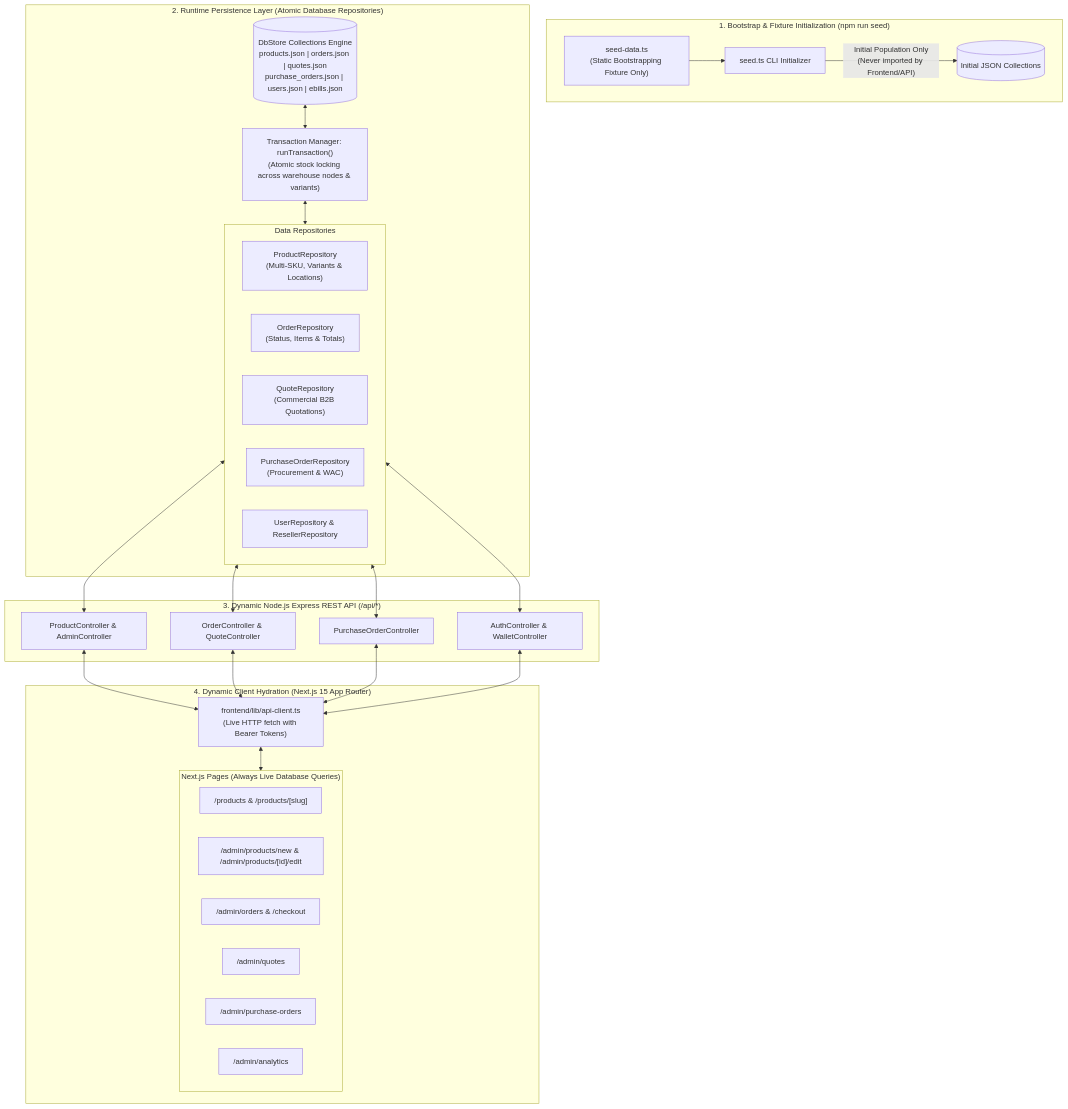
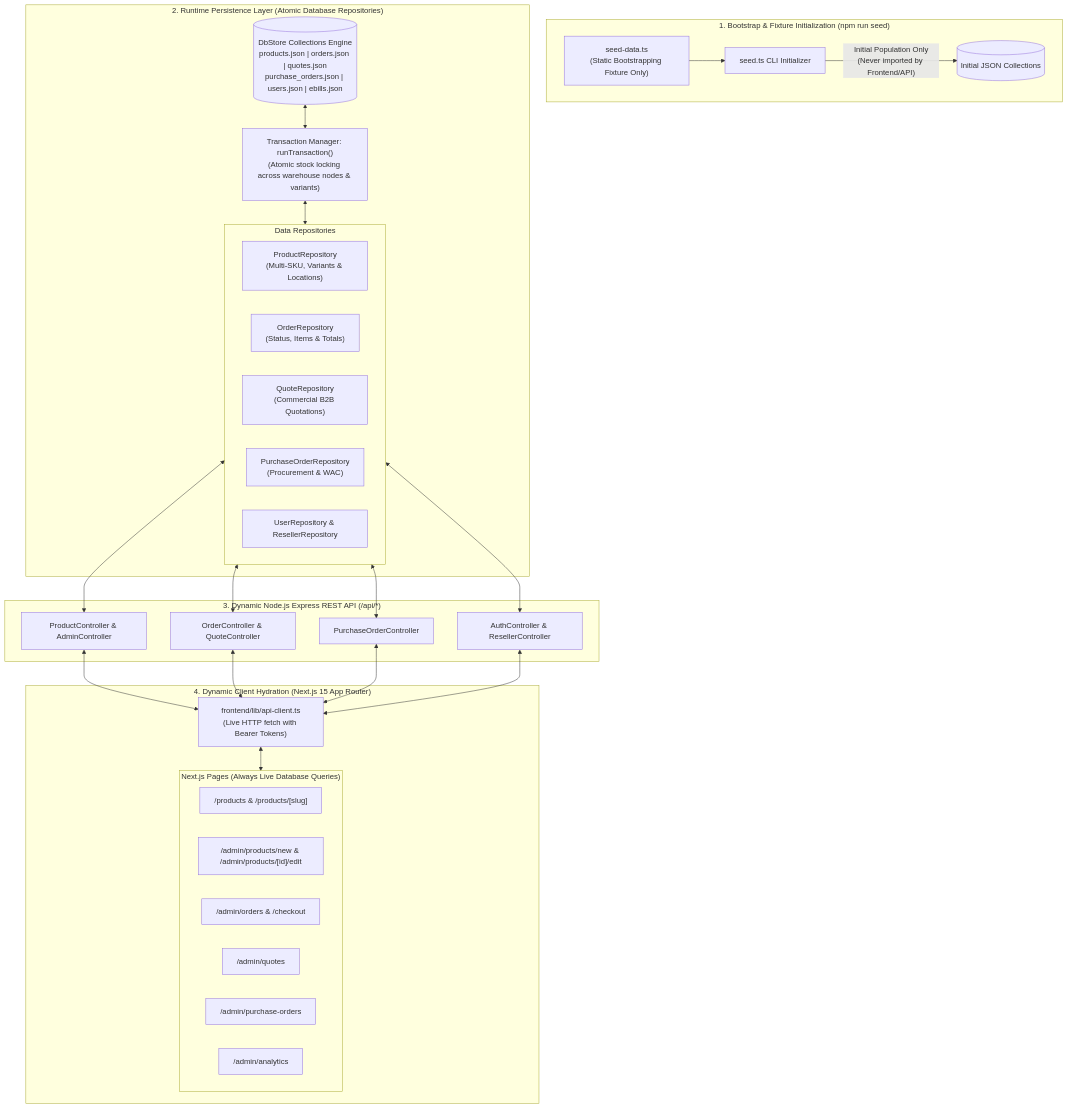
The fifth of 12 diagrams in README.md (gl1tch0x1/NexTechSystem), drawn with Mermaid before and after one commit. The commit also changed other lines of this file, not shown here.

````diff
--- a/README.md
+++ b/README.md
@@ -275,48 +298,48 @@
 ```mermaid
 graph TD
     subgraph Bootstrap_Phase["1. Bootstrap & Fixture Initialization (npm run seed)"]
         SEED_DATA["seed-data.ts<br/>(Static Bootstrapping Fixture Only)"] --> SEED_RUNNER["seed.ts CLI Initializer"]
         SEED_RUNNER -->|"Initial Population Only<br/>(Never imported by Frontend/API)"| DB_INIT[("Initial JSON Collections")]
     end
 
     subgraph Runtime_Persistence["2. Runtime Persistence Layer (Atomic Database Repositories)"]
         DB_STORE[("DbStore Collections Engine<br/>products.json | orders.json | quotes.json<br/>purchase_orders.json | users.json | ebills.json")]
         
         subgraph Repositories["Data Repositories"]
             PROD_REPO["ProductRepository<br/>(Multi-SKU, Variants & Locations)"]
             ORD_REPO["OrderRepository<br/>(Status, Items & Totals)"]
             QUOTE_REPO["QuoteRepository<br/>(Commercial B2B Quotations)"]
             PO_REPO["PurchaseOrderRepository<br/>(Procurement & WAC)"]
             USER_REPO["UserRepository & ResellerRepository"]
         end
 
         TX_MGR["Transaction Manager: runTransaction()<br/>(Atomic stock locking across warehouse nodes & variants)"]
         DB_STORE <--> TX_MGR <--> Repositories
     end
 
     subgraph Gateway_API["3. Dynamic Node.js Express REST API (/api/*)"]
         CTRL_PROD["ProductController & AdminController"]
         CTRL_ORD["OrderController & QuoteController"]
         CTRL_PO["PurchaseOrderController"]
-        CTRL_AUTH["AuthController & WalletController"]
+        CTRL_AUTH["AuthController & ResellerController"]
         
         Repositories <--> CTRL_PROD & CTRL_ORD & CTRL_PO & CTRL_AUTH
     end
 
     subgraph Client_Hydration["4. Dynamic Client Hydration (Next.js 15 App Router)"]
         API_CLIENT["frontend/lib/api-client.ts<br/>(Live HTTP fetch with Bearer Tokens)"]
         
         CTRL_PROD & CTRL_ORD & CTRL_PO & CTRL_AUTH <--> API_CLIENT
         
         subgraph Views["Next.js Pages (Always Live Database Queries)"]
             PAGE_CATALOG["/products & /products/[slug]"]
             PAGE_ADMIN_PROD["/admin/products/new & /admin/products/[id]/edit"]
             PAGE_ADMIN_ORDERS["/admin/orders & /checkout"]
             PAGE_ADMIN_QUOTES["/admin/quotes"]
             PAGE_ADMIN_PO["/admin/purchase-orders"]
             PAGE_ANALYTICS["/admin/analytics"]
         end
 
         API_CLIENT <--> Views
     end
 ```
````
